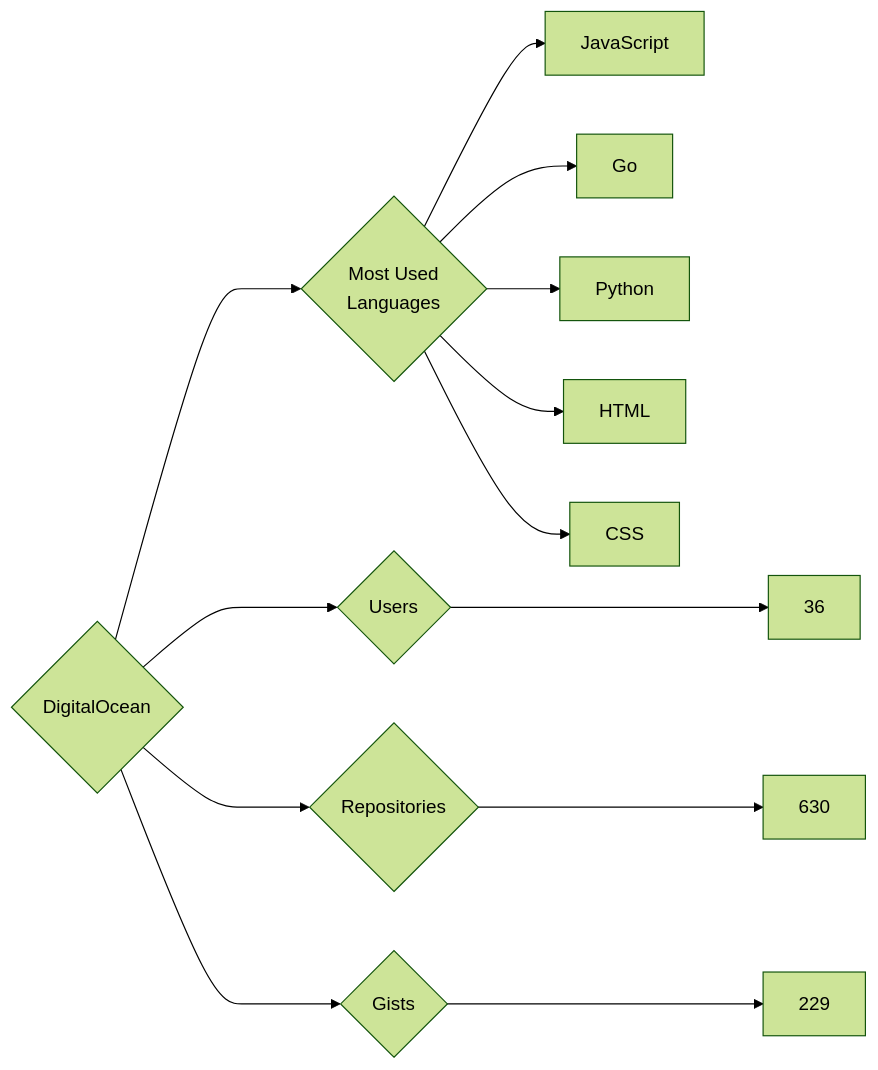
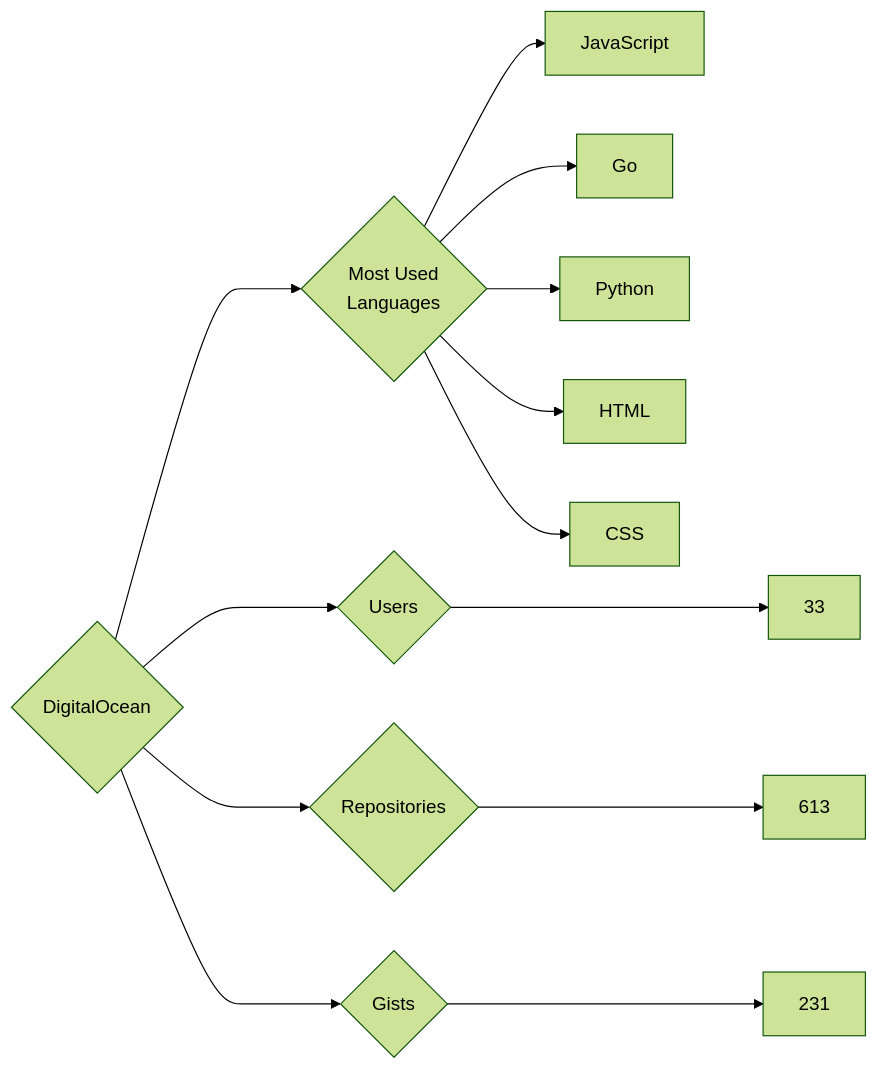
One commit to trickest/insiders changed the diagram in targets/DigitalOcean/README.md. Above: the diagram before and after it, drawn with Mermaid (forest theme). The commit also changed 720 other files, not shown here.

````diff
--- a/targets/DigitalOcean/README.md
+++ b/targets/DigitalOcean/README.md
@@ -3,13 +3,13 @@
 ```mermaid
 graph LR
 COMPANY_NAME{DigitalOcean}
-COMPANY_NAME ---> U{Users} ---> UN[36]
-COMPANY_NAME ---> R{Repositories} ---> RN[630]
-COMPANY_NAME ---> G{Gists} ---> GN[229]
+COMPANY_NAME ---> U{Users} ---> UN[33]
+COMPANY_NAME ---> R{Repositories} ---> RN[613]
+COMPANY_NAME ---> G{Gists} ---> GN[231]
 COMPANY_NAME ---> ML{Most Used<br>Languages}
 ML --> JavaScript[JavaScript]
 ML --> Go[Go]
 ML --> Python[Python]
 ML --> HTML[HTML]
 ML --> CSS[CSS]
 ```
````
